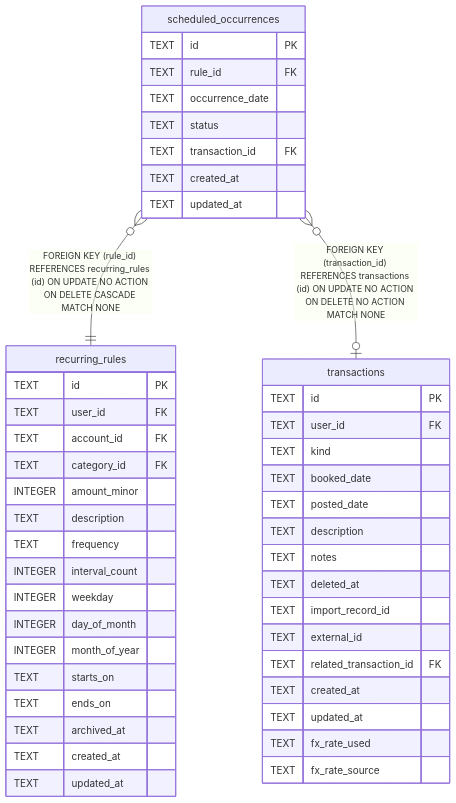
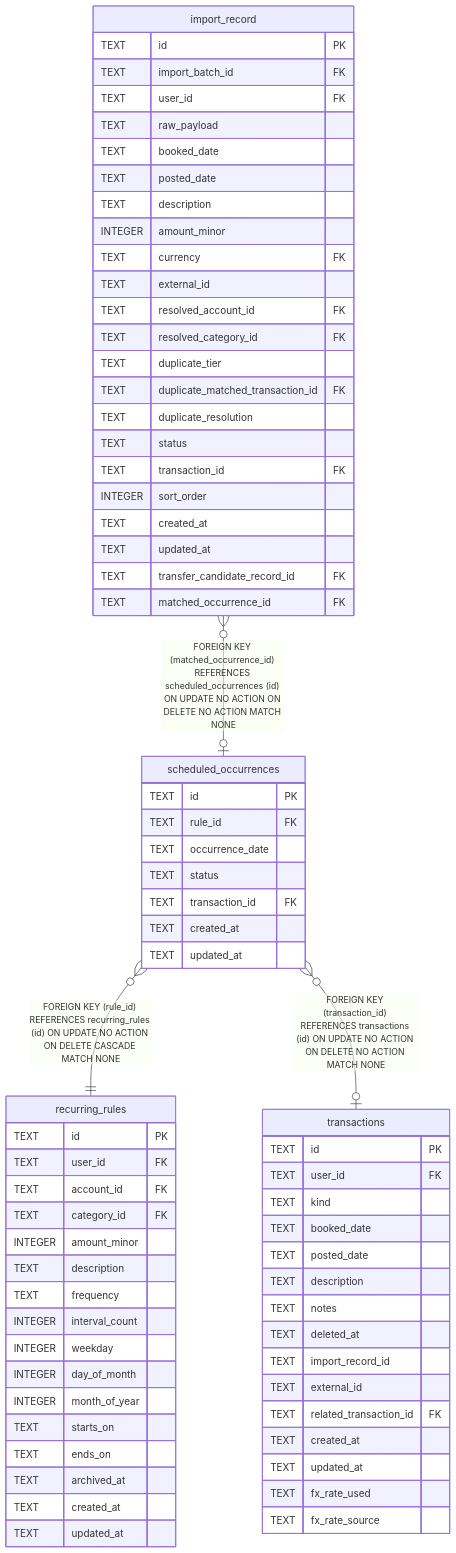
The diagram in docs/schema/scheduled_occurrences.md (anirudhgray/bodger), drawn with Mermaid before and after one commit. The commit also changed other lines of this file and 18 other files, not shown here.

First line of the commit message:
fix(app): detect import duplicates against pending scheduled occurrences (#310)

````diff
--- a/docs/schema/scheduled_occurrences.md
+++ b/docs/schema/scheduled_occurrences.md
@@ -63,51 +63,76 @@
 ```mermaid
 erDiagram
 
+"import_record" }o--o| "scheduled_occurrences" : "FOREIGN KEY (matched_occurrence_id) REFERENCES scheduled_occurrences (id) ON UPDATE NO ACTION ON DELETE NO ACTION MATCH NONE"
 "scheduled_occurrences" }o--|| "recurring_rules" : "FOREIGN KEY (rule_id) REFERENCES recurring_rules (id) ON UPDATE NO ACTION ON DELETE CASCADE MATCH NONE"
 "scheduled_occurrences" }o--o| "transactions" : "FOREIGN KEY (transaction_id) REFERENCES transactions (id) ON UPDATE NO ACTION ON DELETE NO ACTION MATCH NONE"
 
 "scheduled_occurrences" {
   TEXT id PK
   TEXT rule_id FK
   TEXT occurrence_date
   TEXT status
   TEXT transaction_id FK
   TEXT created_at
   TEXT updated_at
+}
+"import_record" {
+  TEXT id PK
+  TEXT import_batch_id FK
+  TEXT user_id FK
+  TEXT raw_payload
+  TEXT booked_date
+  TEXT posted_date
+  TEXT description
+  INTEGER amount_minor
+  TEXT currency FK
+  TEXT external_id
+  TEXT resolved_account_id FK
+  TEXT resolved_category_id FK
+  TEXT duplicate_tier
+  TEXT duplicate_matched_transaction_id FK
+  TEXT duplicate_resolution
+  TEXT status
+  TEXT transaction_id FK
+  INTEGER sort_order
+  TEXT created_at
+  TEXT updated_at
+  TEXT transfer_candidate_record_id FK
+  TEXT matched_occurrence_id FK
 }
 "recurring_rules" {
   TEXT id PK
   TEXT user_id FK
   TEXT account_id FK
   TEXT category_id FK
   INTEGER amount_minor
   TEXT description
   TEXT frequency
   INTEGER interval_count
   INTEGER weekday
   INTEGER day_of_month
   INTEGER month_of_year
   TEXT starts_on
   TEXT ends_on
   TEXT archived_at
   TEXT created_at
   TEXT updated_at
 }
 "transactions" {
   TEXT id PK
   TEXT user_id FK
   TEXT kind
   TEXT booked_date
   TEXT posted_date
   TEXT description
   TEXT notes
   TEXT deleted_at
   TEXT import_record_id
   TEXT external_id
   TEXT related_transaction_id FK
   TEXT created_at
   TEXT updated_at
   TEXT fx_rate_used
   TEXT fx_rate_source
 }
 ```
````
